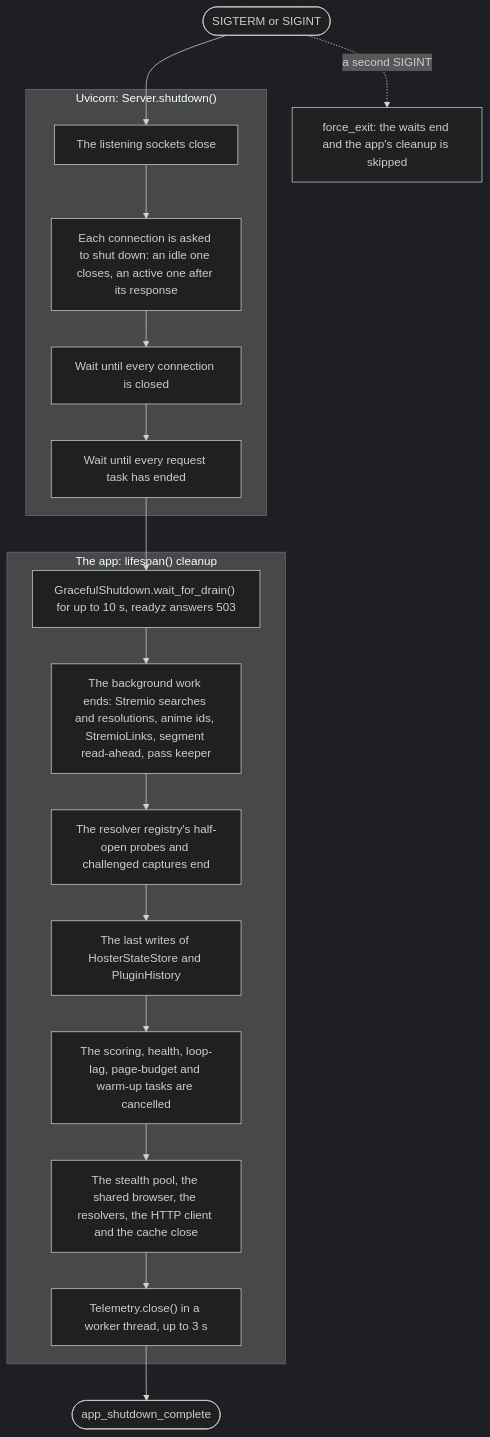
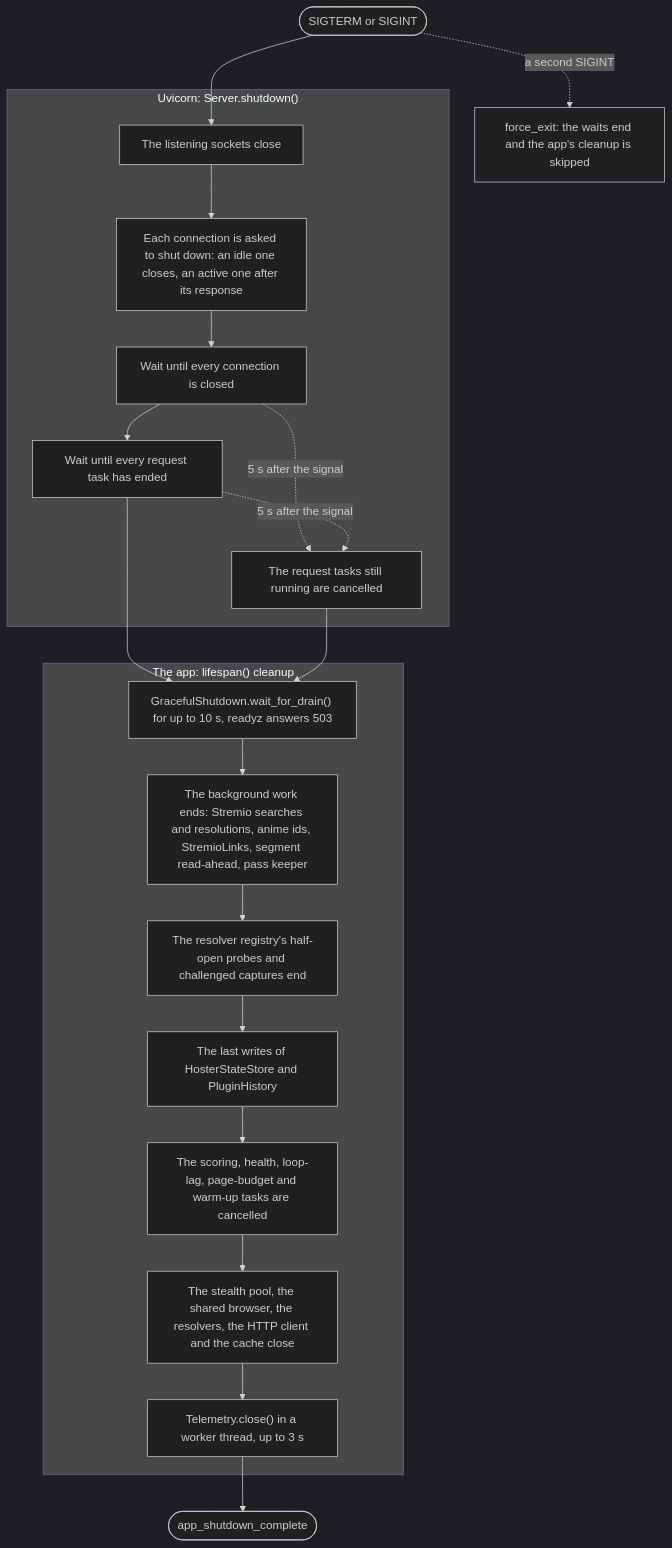
The fourth of 4 diagrams in docs/current/architecture.md (Strob0t/Scavengarr), drawn with Mermaid (dark theme) before and after one commit. The commit also changed other lines of this file and 5 other files, not shown here.

````diff
--- a/docs/current/architecture.md
+++ b/docs/current/architecture.md
@@ -386,20 +386,23 @@
 ```mermaid
 flowchart TD
     signal(["SIGTERM or SIGINT"]) --> close
     subgraph uvicorn["Uvicorn: Server.shutdown()"]
         close["The listening sockets close"] --> conns["Each connection is asked to shut down: an idle one closes, an active one after its response"]
         conns --> waitc["Wait until every connection is closed"]
         waitc --> waitt["Wait until every request task has ended"]
+        waitc -. "5 s after the signal" .-> cancel["The request tasks still running are cancelled"]
+        waitt -. "5 s after the signal" .-> cancel
     end
     waitt --> drain
+    cancel --> drain
     subgraph app["The app: lifespan() cleanup"]
         drain["GracefulShutdown.wait_for_drain() for up to 10 s, readyz answers 503"] --> stop["The background work ends: Stremio searches and resolutions, anime ids, StremioLinks, segment read-ahead, pass keeper"]
         stop --> reg["The resolver registry's half-open probes and challenged captures end"]
         reg --> snap["The last writes of HosterStateStore and PluginHistory"]
         snap --> tasks["The scoring, health, loop-lag, page-budget and warm-up tasks are cancelled"]
         tasks --> res["The stealth pool, the shared browser, the resolvers, the HTTP client and the cache close"]
         res --> spans["Telemetry.close() in a worker thread, up to 3 s"]
     end
     spans --> done(["app_shutdown_complete"])
     signal -. "a second SIGINT" .-> force["force_exit: the waits end and the app's cleanup is skipped"]
 ```
````
